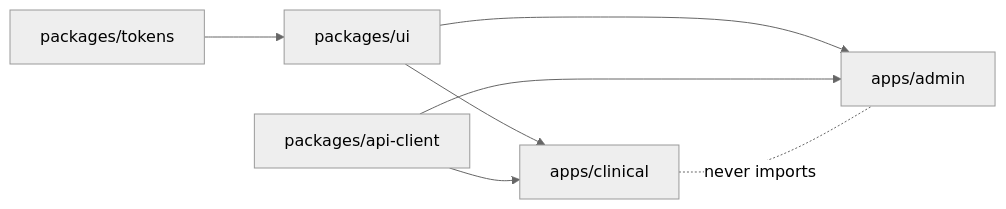
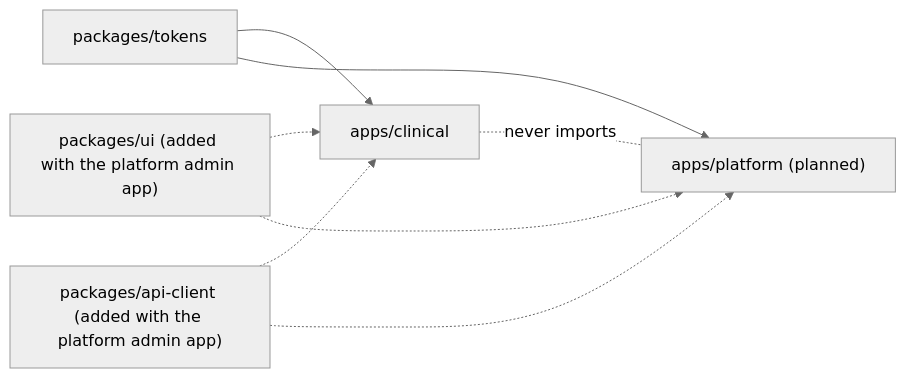
The third of 10 diagrams in ARCHITECTURE.md (Measured-Health/mhai-web), drawn with Mermaid (neutral theme) before and after one commit. The commit also changed other lines of this file and 7 other files, not shown here.

````diff
--- a/ARCHITECTURE.md
+++ b/ARCHITECTURE.md
@@ -176,9 +168,10 @@
 ```mermaid
 flowchart LR
-    tokens[packages/tokens] --> ui[packages/ui]
-    ui --> clinical[apps/clinical]
-    ui --> admin[apps/admin]
-    apic[packages/api-client] --> clinical
-    apic --> admin
-    clinical -. never imports .- admin
+    tokens[packages/tokens] --> clinical[apps/clinical]
+    tokens --> platform["apps/platform (planned)"]
+    ui["packages/ui (added with the platform admin app)"] -.-> clinical
+    ui -.-> platform
+    apic["packages/api-client (added with the platform admin app)"] -.-> clinical
+    apic -.-> platform
+    clinical -. never imports .- platform
 ```
````
